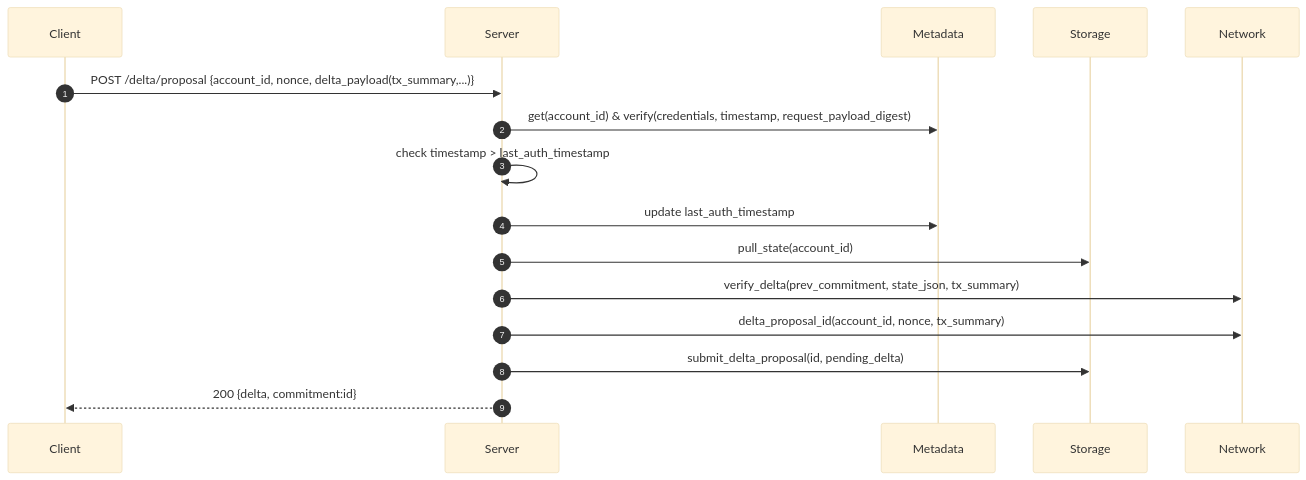
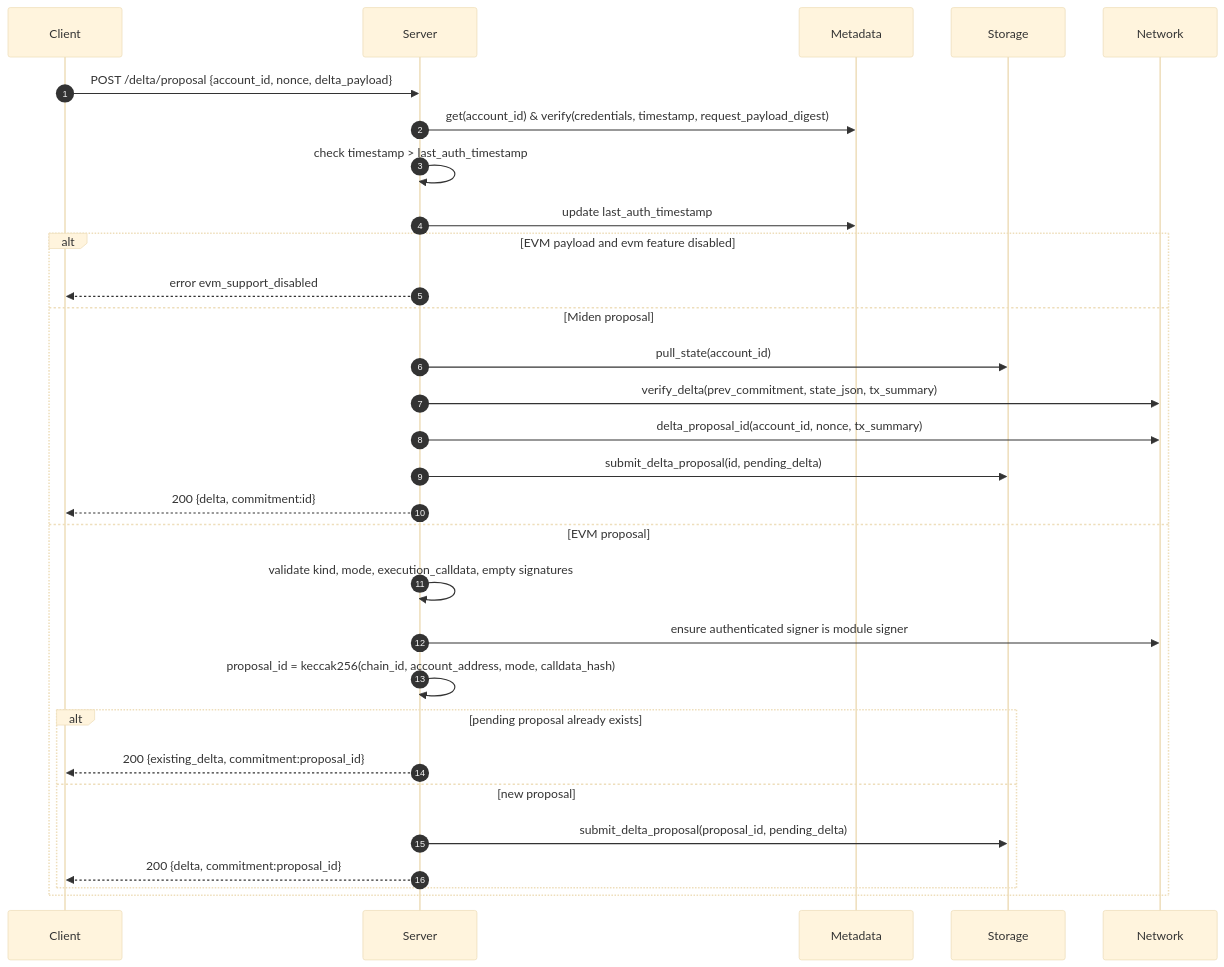
One commit to OpenZeppelin/guardian changed the sixth of 9 diagrams in spec/processes.md. Above: the diagram before and after it, drawn with Mermaid (base theme). The commit also changed other lines of this file and 74 other files, not shown here.

First line of the commit message:
Evm proposals support (#199)

````diff
--- a/spec/processes.md
+++ b/spec/processes.md
@@ -116,18 +133,32 @@
 ```mermaid
 sequenceDiagram
   autonumber
   participant C as Client
   participant S as Server
   participant M as Metadata
   participant ST as Storage
   participant N as Network
-  C->>S: POST /delta/proposal {account_id, nonce, delta_payload(tx_summary,...)}
+  C->>S: POST /delta/proposal {account_id, nonce, delta_payload}
   S->>M: get(account_id) & verify(credentials, timestamp, request_payload_digest)
   S->>S: check timestamp > last_auth_timestamp
   S->>M: update last_auth_timestamp
-  S->>ST: pull_state(account_id)
-  S->>N: verify_delta(prev_commitment, state_json, tx_summary)
-  S->>N: delta_proposal_id(account_id, nonce, tx_summary)
-  S->>ST: submit_delta_proposal(id, pending_delta)
-  S-->>C: 200 {delta, commitment:id}
+  alt EVM payload and evm feature disabled
+    S-->>C: error evm_support_disabled
+  else Miden proposal
+    S->>ST: pull_state(account_id)
+    S->>N: verify_delta(prev_commitment, state_json, tx_summary)
+    S->>N: delta_proposal_id(account_id, nonce, tx_summary)
+    S->>ST: submit_delta_proposal(id, pending_delta)
+    S-->>C: 200 {delta, commitment:id}
+  else EVM proposal
+    S->>S: validate kind, mode, execution_calldata, empty signatures
+    S->>N: ensure authenticated signer is module signer
+    S->>S: proposal_id = keccak256(chain_id, account_address, mode, calldata_hash)
+    alt pending proposal already exists
+      S-->>C: 200 {existing_delta, commitment:proposal_id}
+    else new proposal
+      S->>ST: submit_delta_proposal(proposal_id, pending_delta)
+      S-->>C: 200 {delta, commitment:proposal_id}
+    end
+  end
 ```
````
